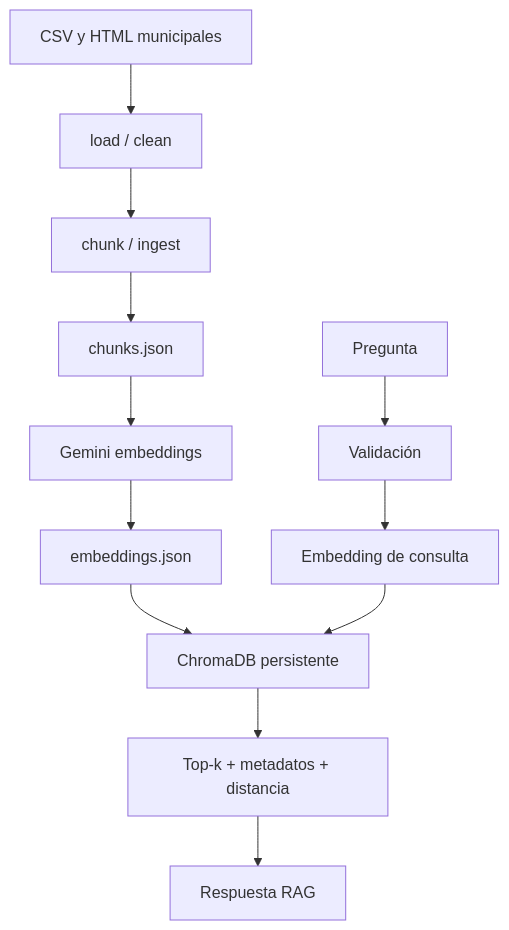
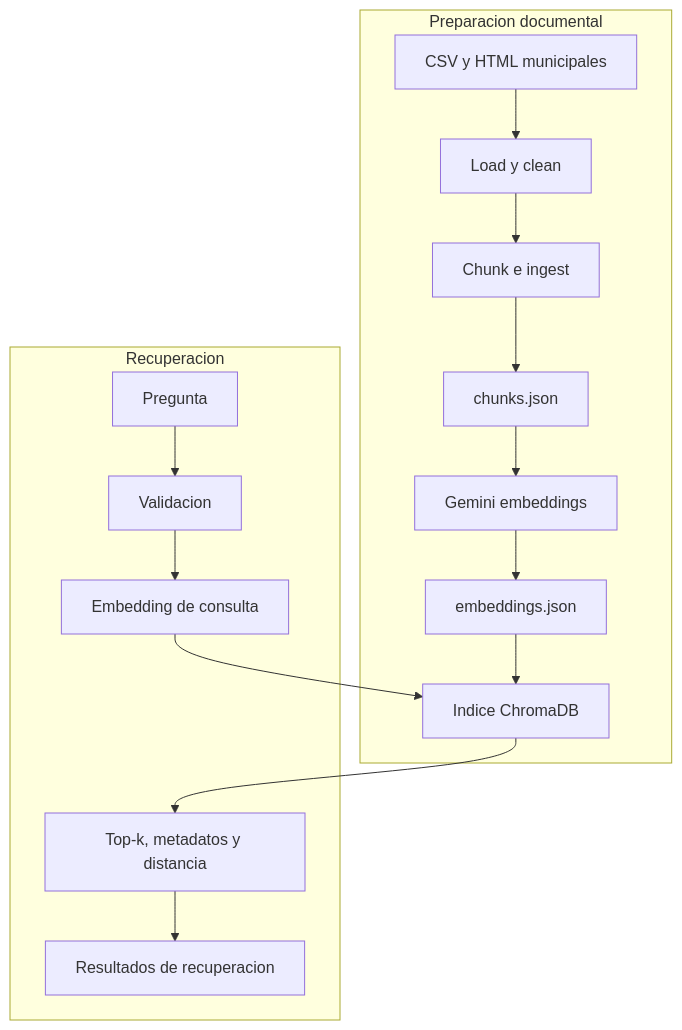
One commit to alex-bometon/pb03_equipo18 changed the diagram in specs/01-retrieval.md. Above: the diagram before and after it, drawn with Mermaid. The commit also changed other lines of this file and 17 other files, not shown here.

````diff
--- a/specs/01-retrieval.md
+++ b/specs/01-retrieval.md
@@ -7,14 +29,19 @@
 ```mermaid
 flowchart TD
-    A[CSV y HTML municipales] --> B[load / clean]
-    B --> C[chunk / ingest]
-    C --> D[chunks.json]
-    D --> E[Gemini embeddings]
-    E --> F[embeddings.json]
-    F --> G[ChromaDB persistente]
-    Q[Pregunta] --> V[Validación]
-    V --> EQ[Embedding de consulta]
-    EQ --> G
-    G --> K[Top-k + metadatos + distancia]
-    K --> R[Respuesta RAG]
+    subgraph Preparacion documental
+        A[CSV y HTML municipales] --> B[Load y clean]
+        B --> C[Chunk e ingest]
+        C --> D[chunks.json]
+        D --> E[Gemini embeddings]
+        E --> F[embeddings.json]
+        F --> G[Indice ChromaDB]
+    end
+
+    subgraph Recuperacion
+        Q[Pregunta] --> V[Validacion]
+        V --> EQ[Embedding de consulta]
+        EQ --> G
+        G --> K[Top-k, metadatos y distancia]
+        K --> R[Resultados de recuperacion]
+    end
 ```
````
